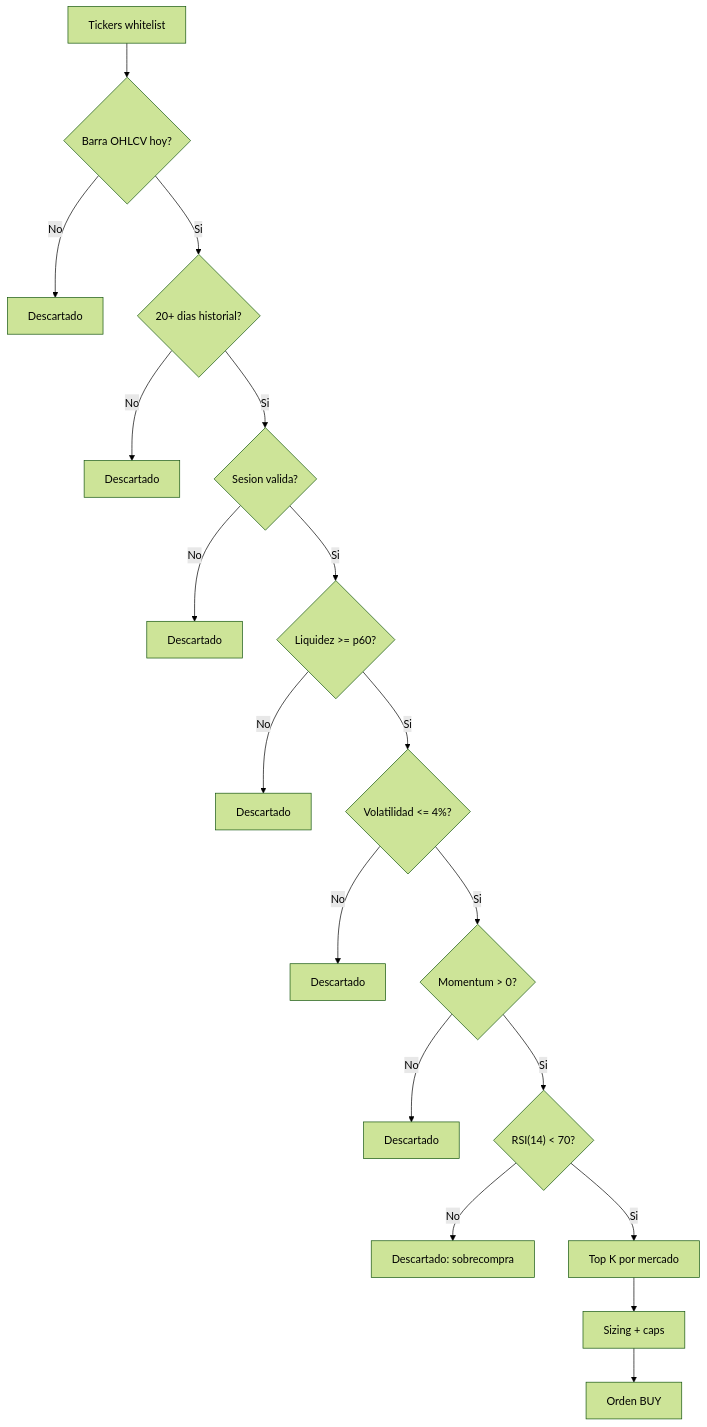
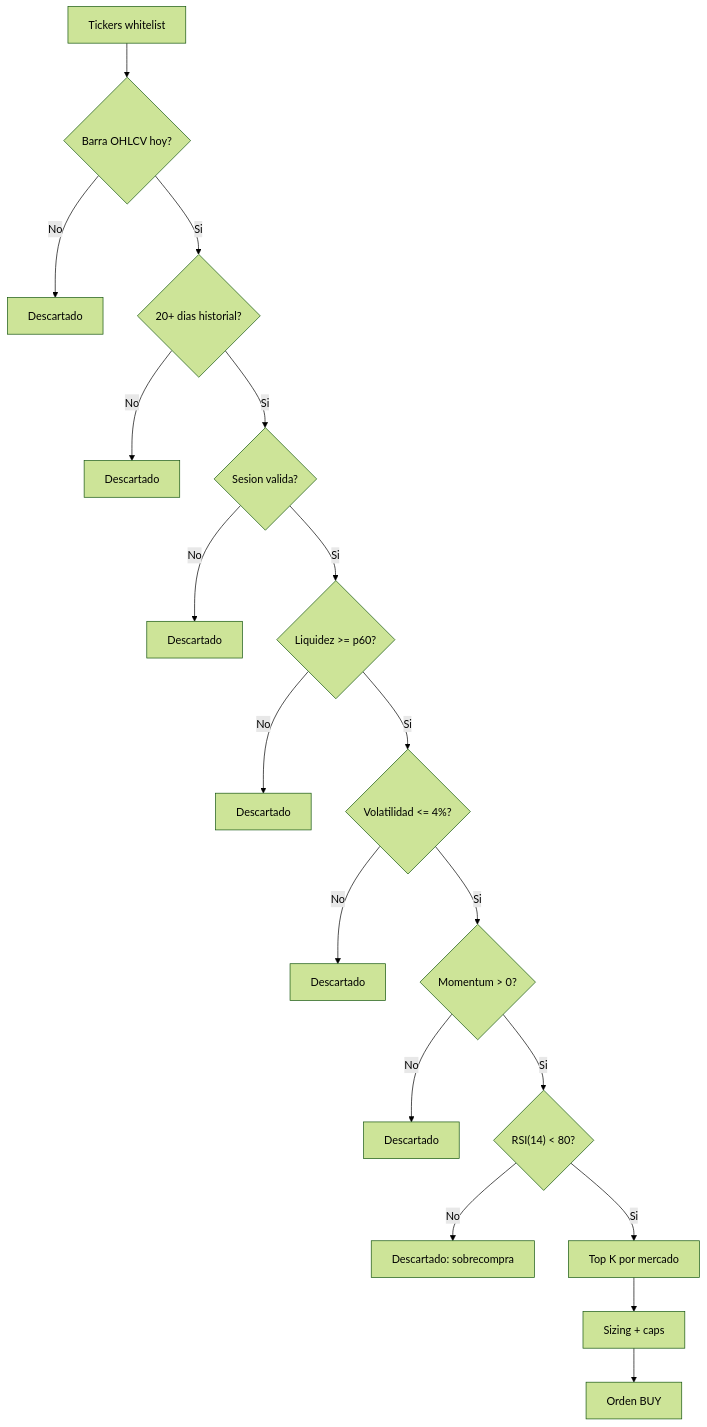
One commit to agus-chaud/Bot-de-Trading changed the third of 5 diagrams in docs/project-overview.md. Above: the diagram before and after it, drawn with Mermaid (forest theme). The commit also changed other lines of this file and 16 other files, not shown here.

````diff
--- a/docs/project-overview.md
+++ b/docs/project-overview.md
@@ -99,20 +99,20 @@
 ```mermaid
 flowchart TD
   A[Tickers whitelist] --> B{Barra OHLCV hoy?}
   B -->|No| X1[Descartado]
   B -->|Si| C{20+ dias historial?}
   C -->|No| X2[Descartado]
   C -->|Si| D{Sesion valida?}
   D -->|No| X3[Descartado]
   D -->|Si| E{Liquidez >= p60?}
   E -->|No| X4[Descartado]
   E -->|Si| F{Volatilidad <= 4%?}
   F -->|No| X5[Descartado]
   F -->|Si| G{Momentum > 0?}
   G -->|No| X6[Descartado]
-  G -->|Si| H{"RSI(14) < 70?"}
+  G -->|Si| H{"RSI(14) < 80?"}
   H -->|No| X7["Descartado: sobrecompra"]
   H -->|Si| I[Top K por mercado]
   I --> J[Sizing + caps]
   J --> K[Orden BUY]
 ```
````
